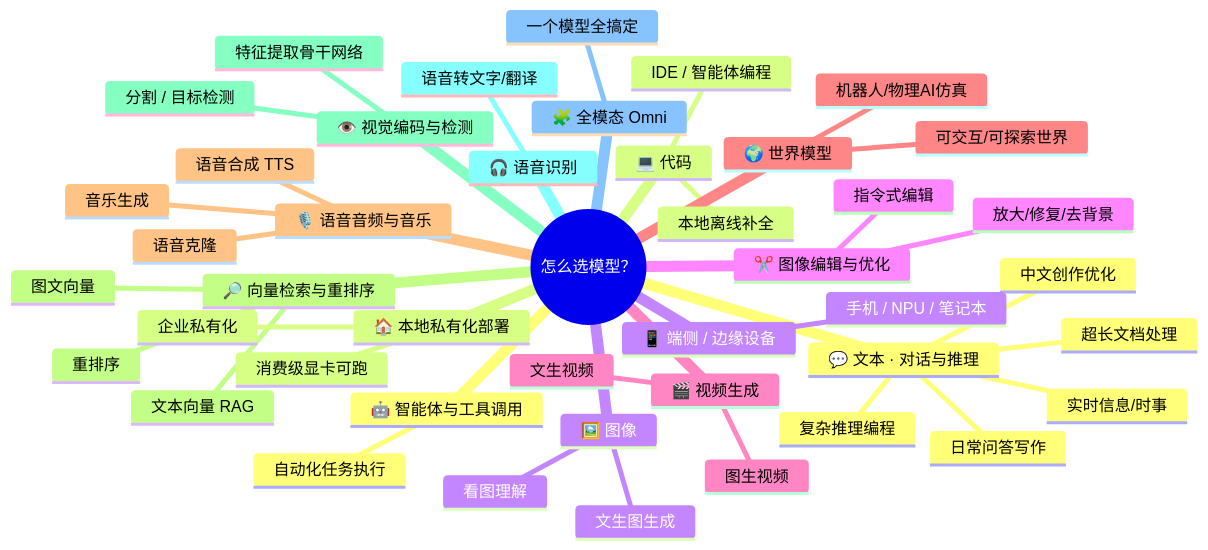
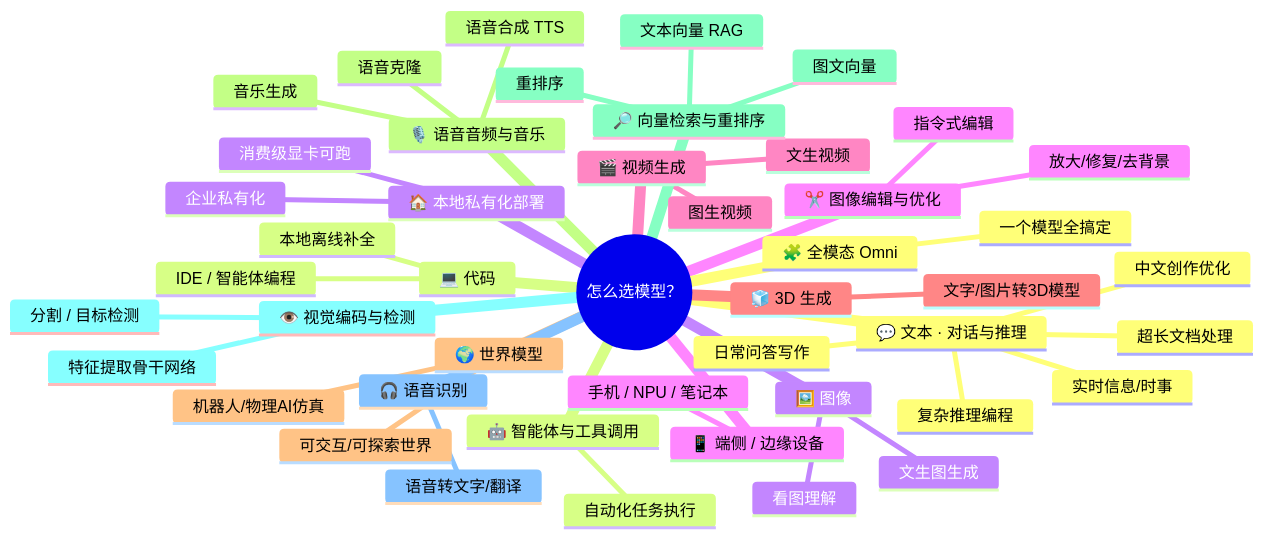
The first of 3 diagrams in README.zh-CN.md (HoobenWang/awesome-llm-landscape), drawn with Mermaid before and after one commit. The commit also changed other lines of this file and 2 other files, not shown here.

````diff
--- a/README.zh-CN.md
+++ b/README.zh-CN.md
@@ -53,47 +54,49 @@
 ```mermaid
 mindmap
   root((怎么选模型？))
     💬 文本 · 对话与推理
       日常问答写作
       复杂推理编程
       超长文档处理
       中文创作优化
       实时信息/时事
     💻 代码
       IDE / 智能体编程
       本地离线补全
     🖼️ 图像
       看图理解
       文生图生成
     ✂️ 图像编辑与优化
       指令式编辑
       放大/修复/去背景
     🎬 视频生成
       文生视频
       图生视频
+    🧊 3D 生成
+      文字/图片转3D模型
     🌍 世界模型
       可交互/可探索世界
       机器人/物理AI仿真
     🎙️ 语音音频与音乐
       语音合成 TTS
       语音克隆
       音乐生成
     🔎 向量检索与重排序
       文本向量 RAG
       图文向量
       重排序
     👁️ 视觉编码与检测
       特征提取骨干网络
       分割 / 目标检测
     🎧 语音识别
       语音转文字/翻译
     🧩 全模态 Omni
       一个模型全搞定
     🤖 智能体与工具调用
       自动化任务执行
     🏠 本地私有化部署
       消费级显卡可跑
       企业私有化
     📱 端侧 / 边缘设备
       手机 / NPU / 笔记本
 ```
````
